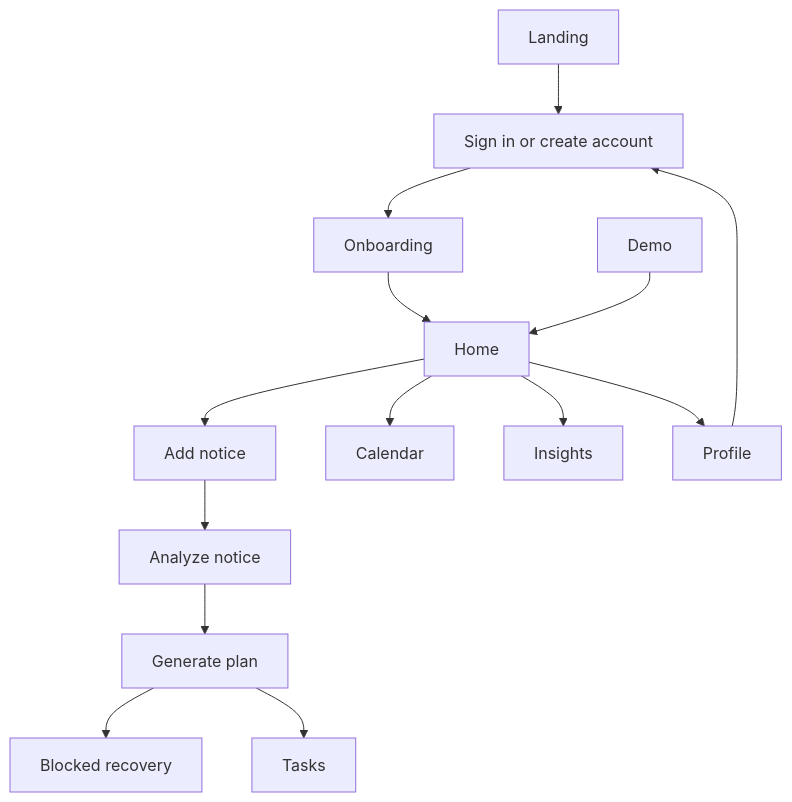
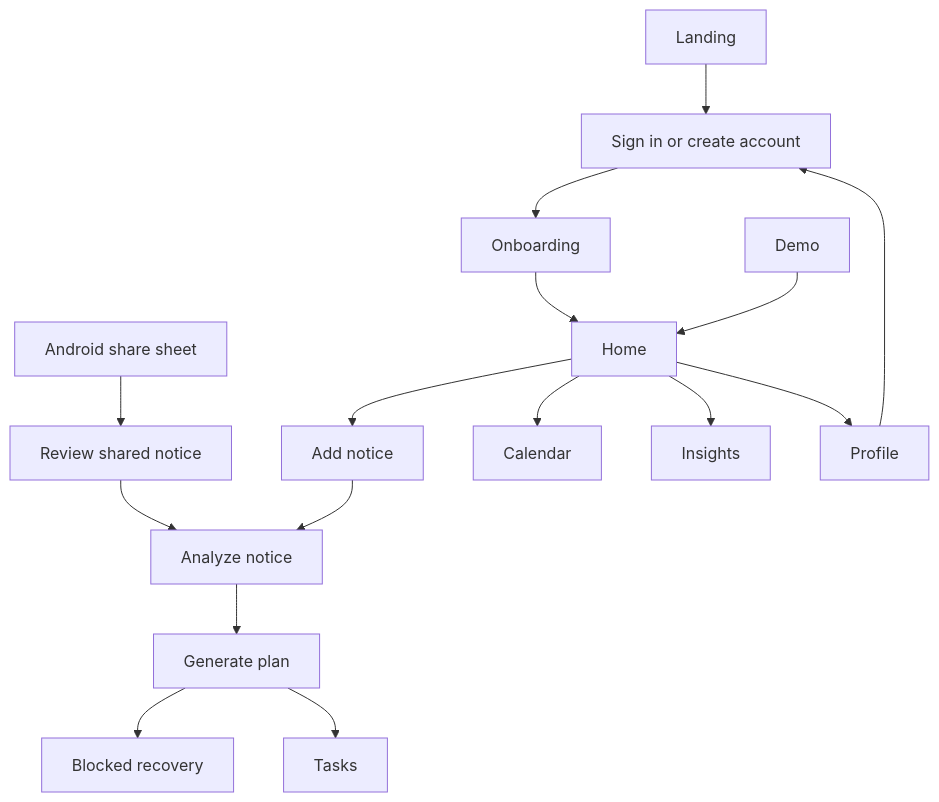
The diagram in docs/04-screen-flow.md (adi-de9/scoutlyai), drawn with Mermaid before and after one commit. The commit also changed other lines of this file and 48 other files, not shown here.

````diff
--- a/docs/04-screen-flow.md
+++ b/docs/04-screen-flow.md
@@ -21,16 +23,18 @@
 ```mermaid
 flowchart TD
   Landing[Landing] --> SignIn[Sign in or create account]
   SignIn --> Onboarding[Onboarding]
   Onboarding --> Home[Home]
   Demo --> Home
   Home --> Add[Add notice]
+  AndroidShare[Android share sheet] --> Share[Review shared notice]
+  Share --> Analysis
   Add --> Analysis[Analyze notice]
   Analysis --> Deadline[Generate plan]
   Deadline --> Blocked[Blocked recovery]
   Deadline --> Tasks[Tasks]
   Home --> Calendar[Calendar]
   Home --> Insights[Insights]
   Home --> Profile[Profile]
   Profile --> SignIn
 ```
````
